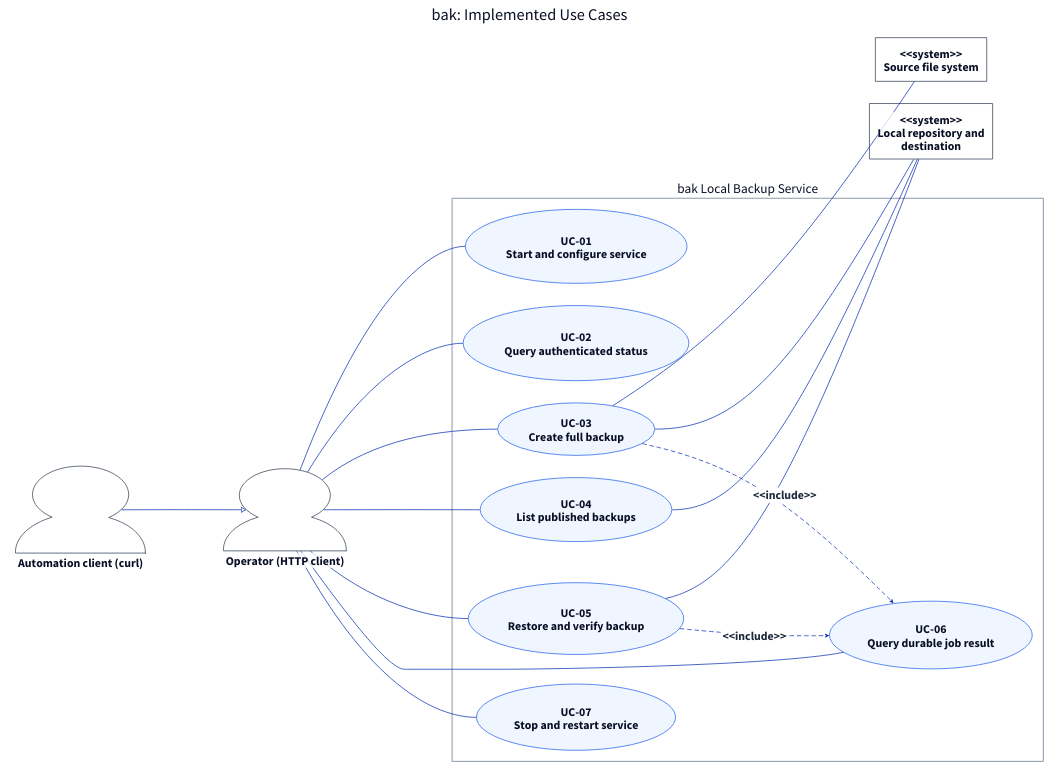
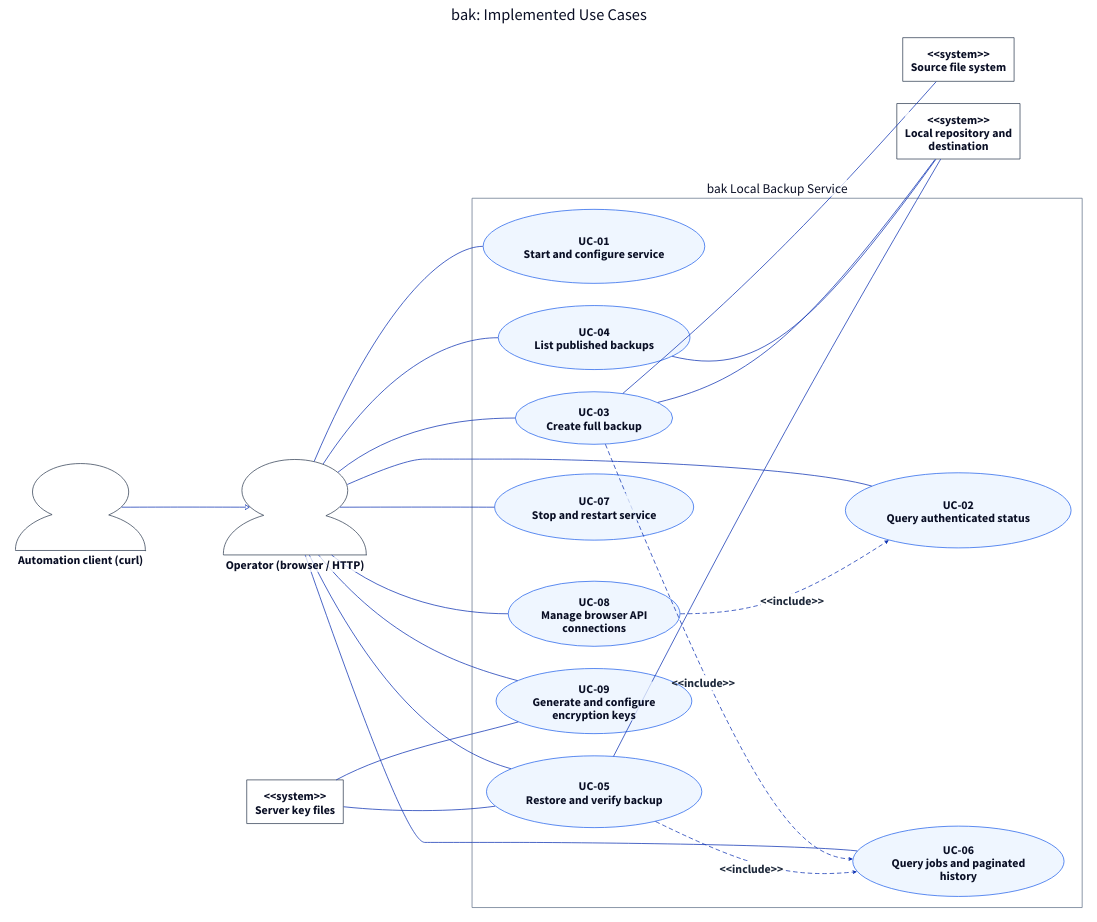
The diagram in docs/report/generated/use-case-overview.d2 (qi7876/software-development-exp), drawn with D2 before and after one commit. The commit also changed 26 other files, not shown here.

First line of the commit message:
docs: align course report with current architecture (#21)

```diff
--- a/docs/report/generated/use-case-overview.d2
+++ b/docs/report/generated/use-case-overview.d2
@@ -1,85 +1,105 @@
 # Generated from docs/report/use-cases.yaml; do not edit directly.
 direction: right
 **.style.font-size: 32
 (** -> **)[*].style: {font-size: 32; bold: true; italic: false; font-color: "#1E293B"}
 (** -- **)[*].style: {font-size: 32; bold: true; italic: false; font-color: "#1E293B"}
 (** <- **)[*].style: {font-size: 32; bold: true; italic: false; font-color: "#1E293B"}
 diagram: "bak: Implemented Use Cases" {
   style.font-size: 44
   style.fill: white
   style.stroke: transparent
-  CLIENT: "Operator (HTTP client)" {
+  CLIENT: "Operator (browser / HTTP)" {
     shape: person
     style.stroke: "#334155"
     style.fill: white
   }
   AUT: "Automation client (curl)" {
     shape: person
     style.stroke: "#334155"
     style.fill: white
   }
   SRC: "<<system>>\nSource file system" {
     shape: rectangle
     style.stroke: "#334155"
     style.fill: white
   }
   TGT: "<<system>>\nLocal repository and\ndestination" {
+    shape: rectangle
+    style.stroke: "#334155"
+    style.fill: white
+  }
+  KEYS: "<<system>>\nServer key files" {
     shape: rectangle
     style.stroke: "#334155"
     style.fill: white
   }
   system: "bak Local Backup Service" {
     style.font-size: 36
     style.stroke: "#64748B"
     style.fill: white
     UC_01: "UC-01\nStart and configure service" {
       shape: oval
       style.stroke: "#2563EB"
       style.fill: "#EFF6FF"
     }
     UC_02: "UC-02\nQuery authenticated status" {
       shape: oval
       style.stroke: "#2563EB"
       style.fill: "#EFF6FF"
     }
     UC_03: "UC-03\nCreate full backup" {
       shape: oval
       style.stroke: "#2563EB"
       style.fill: "#EFF6FF"
     }
     UC_04: "UC-04\nList published backups" {
       shape: oval
       style.stroke: "#2563EB"
       style.fill: "#EFF6FF"
     }
     UC_05: "UC-05\nRestore and verify backup" {
       shape: oval
       style.stroke: "#2563EB"
       style.fill: "#EFF6FF"
     }
-    UC_06: "UC-06\nQuery durable job result" {
+    UC_06: "UC-06\nQuery jobs and paginated\nhistory" {
       shape: oval
       style.stroke: "#2563EB"
       style.fill: "#EFF6FF"
     }
     UC_07: "UC-07\nStop and restart service" {
+      shape: oval
+      style.stroke: "#2563EB"
+      style.fill: "#EFF6FF"
+    }
+    UC_08: "UC-08\nManage browser API\nconnections" {
+      shape: oval
+      style.stroke: "#2563EB"
+      style.fill: "#EFF6FF"
+    }
+    UC_09: "UC-09\nGenerate and configure\nencryption keys" {
       shape: oval
       style.stroke: "#2563EB"
       style.fill: "#EFF6FF"
     }
   }
   CLIENT -- system.UC_01
   CLIENT -- system.UC_02
   CLIENT -- system.UC_03
   CLIENT -- system.UC_04
   CLIENT -- system.UC_05
   CLIENT -- system.UC_06
   CLIENT -- system.UC_07
   system.UC_03 -- SRC
   system.UC_03 -- TGT
   system.UC_04 -- TGT
   system.UC_05 -- TGT
+  CLIENT -- system.UC_08
+  CLIENT -- system.UC_09
+  KEYS -- system.UC_09
+  KEYS -- system.UC_05
   AUT -> CLIENT: {target-arrowhead.style.filled: false}
   system.UC_03 -> system.UC_06: "<<include>>" {style.stroke-dash: 5; target-arrowhead.shape: arrow}
   system.UC_05 -> system.UC_06: "<<include>>" {style.stroke-dash: 5; target-arrowhead.shape: arrow}
+  system.UC_08 -> system.UC_02: "<<include>>" {style.stroke-dash: 5; target-arrowhead.shape: arrow}
 }
```
